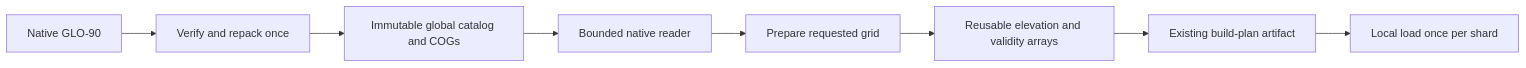
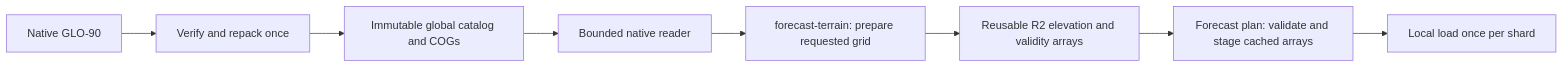
Before and after one commit to jdorrance/av-layers: the diagram in apps/batch/src/terrain/README.md, drawn with Mermaid. The commit also changed other lines of this file and 14 other files, not shown here.

Commit message:
Prepare reusable terrain before forecast planning

````diff
--- a/apps/batch/src/terrain/README.md
+++ b/apps/batch/src/terrain/README.md
@@ -57,10 +60,10 @@
 ```mermaid
 flowchart LR
   source[Native GLO-90] --> ingest[Verify and repack once]
   ingest --> catalog[Immutable global catalog and COGs]
   catalog --> reader[Bounded native reader]
-  reader --> prepare[Prepare requested grid]
-  prepare --> artifact[Reusable elevation and validity arrays]
-  artifact --> plan[Existing build-plan artifact]
+  reader --> prepare[forecast-terrain: prepare requested grid]
+  prepare --> artifact[Reusable R2 elevation and validity arrays]
+  artifact --> plan[Forecast plan: validate and stage cached arrays]
   plan --> shards[Local load once per shard]
 ```
````
